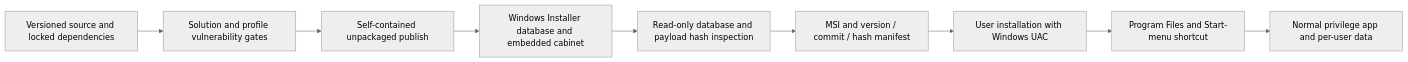
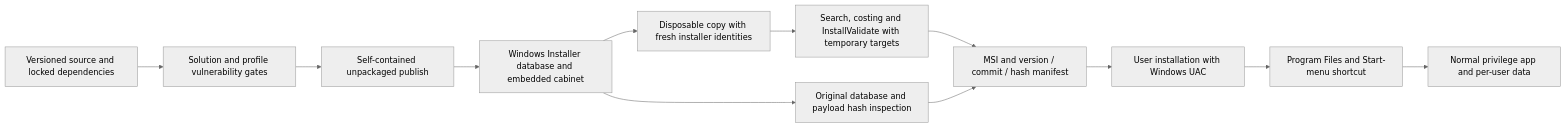
The second of 32 diagrams in ARCHITECTURE.md (kiforsbe/procsight), drawn with Mermaid (neutral theme) before and after one commit. The commit also changed other lines of this file and 8 other files, not shown here.

````diff
--- a/ARCHITECTURE.md
+++ b/ARCHITECTURE.md
@@ -104,11 +108,14 @@
 ```mermaid
 flowchart LR
     Source[Versioned source and locked dependencies] --> Audit[Solution and profile vulnerability gates]
     Audit --> Publish[Self-contained unpackaged publish]
     Publish --> Native[Windows Installer database and embedded cabinet]
-    Native --> Inspect[Read-only database and payload hash inspection]
+    Native --> Inspect[Original database and payload hash inspection]
+    Native --> Clone[Disposable copy with fresh installer identities]
+    Clone --> Engine[Search, costing and InstallValidate with temporary targets]
+    Engine --> Artifact
     Inspect --> Artifact[MSI and version / commit / hash manifest]
     Artifact --> Consent[User installation with Windows UAC]
     Consent --> Files[Program Files and Start-menu shortcut]
     Files --> App[Normal privilege app and per-user data]
 ```
````
